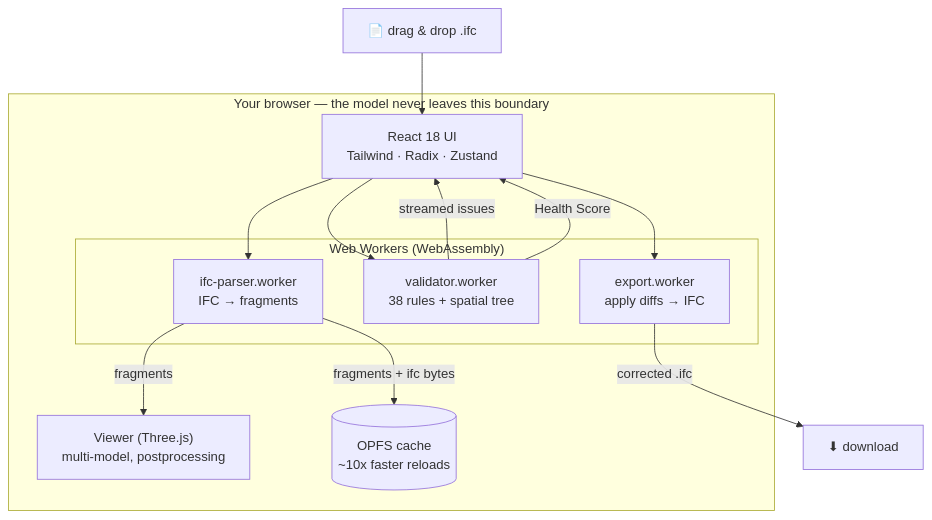
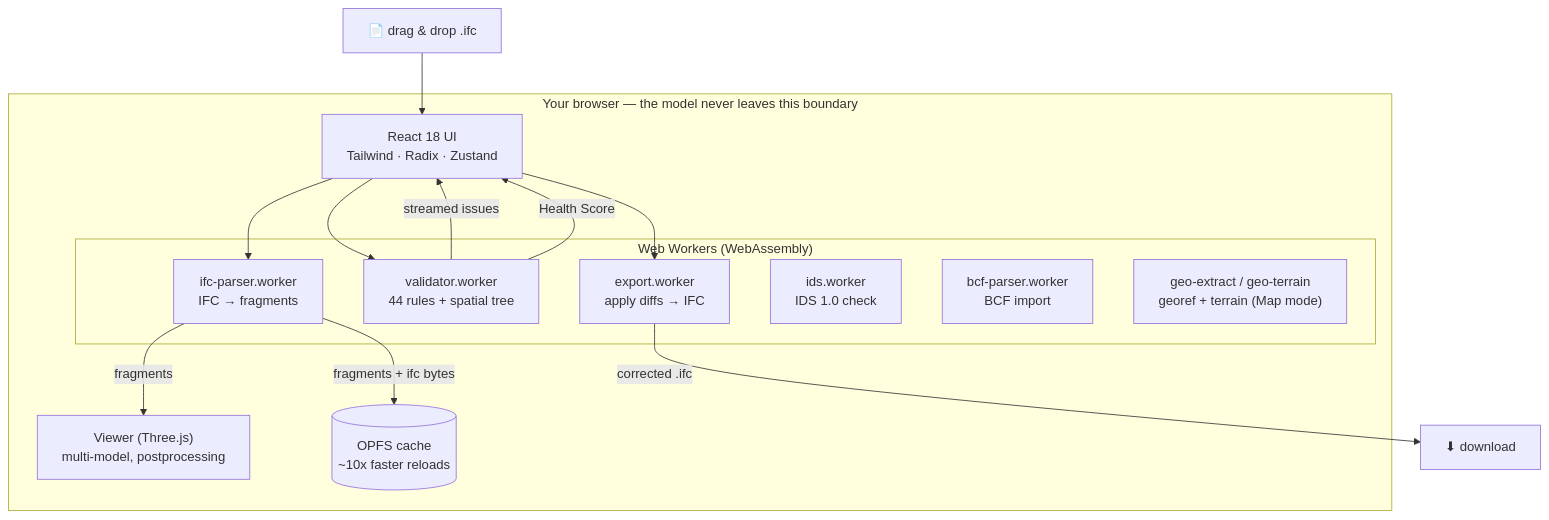
One commit to j03rul4nd/ifc-viewer-online changed the second of 2 diagrams in readme.md. Above: the diagram before and after it, drawn with Mermaid. The commit also changed other lines of this file and 24 other files, not shown here.

````diff
--- a/readme.md
+++ b/readme.md
@@ -186,24 +190,27 @@
 ```mermaid
 flowchart TD
     subgraph BROWSER["Your browser — the model never leaves this boundary"]
         UI["React 18 UI<br/>Tailwind · Radix · Zustand"]
         VIEWER["Viewer (Three.js)<br/>multi-model, postprocessing"]
         CACHE[("OPFS cache<br/>~10x faster reloads")]
 
         subgraph WORKERS["Web Workers (WebAssembly)"]
             PARSE["ifc-parser.worker<br/>IFC → fragments"]
-            VALID["validator.worker<br/>38 rules + spatial tree"]
+            VALID["validator.worker<br/>44 rules + spatial tree"]
             EXPORT["export.worker<br/>apply diffs → IFC"]
+            IDS["ids.worker<br/>IDS 1.0 check"]
+            BCF["bcf-parser.worker<br/>BCF import"]
+            GEO["geo-extract / geo-terrain<br/>georef + terrain (Map mode)"]
         end
     end
 
     FILE["📄 drag &amp; drop .ifc"] --> UI
     UI --> PARSE
     PARSE -->|fragments| VIEWER
     PARSE -->|fragments + ifc bytes| CACHE
     UI --> VALID
     VALID -->|streamed issues| UI
     VALID -->|Health Score| UI
     UI --> EXPORT
     EXPORT -->|corrected .ifc| DL["⬇ download"]
 ```
````
